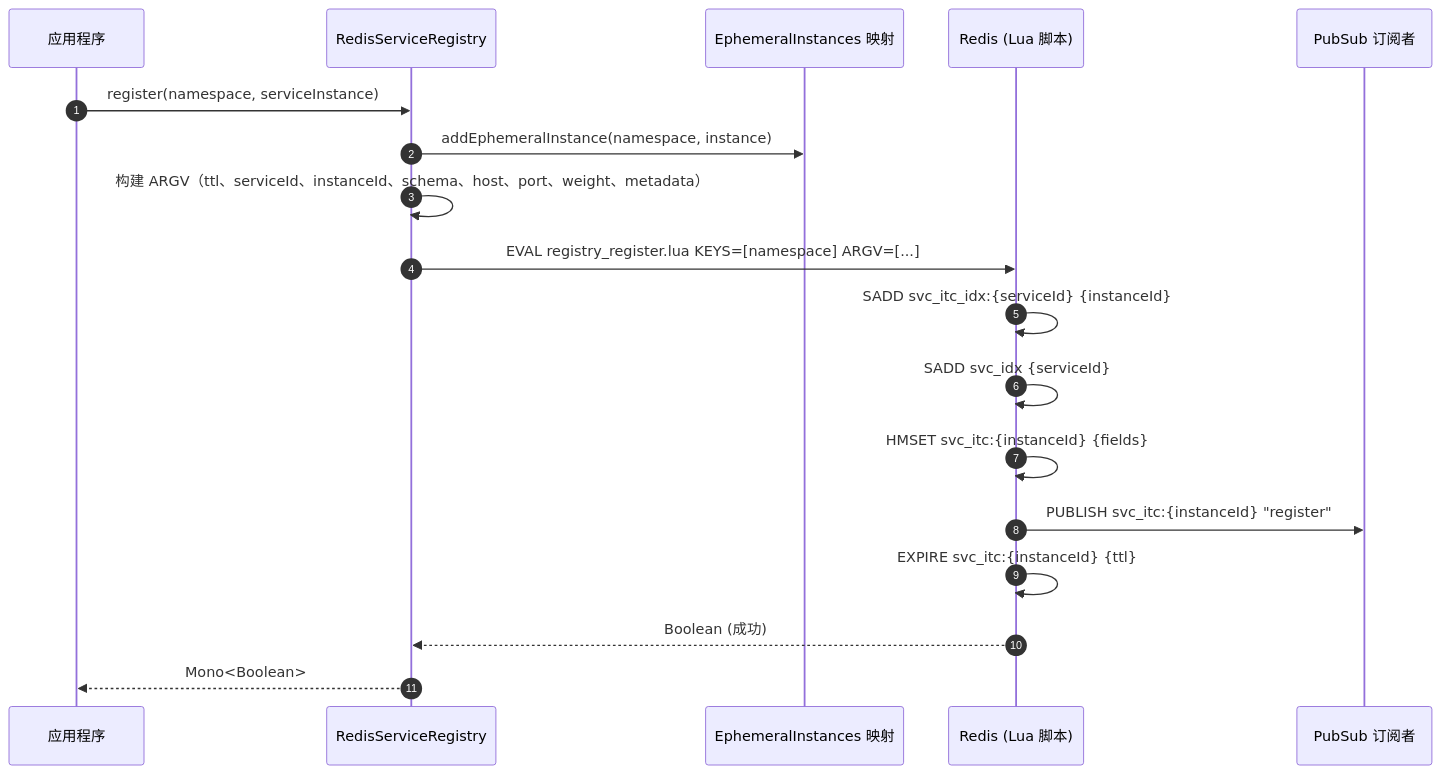
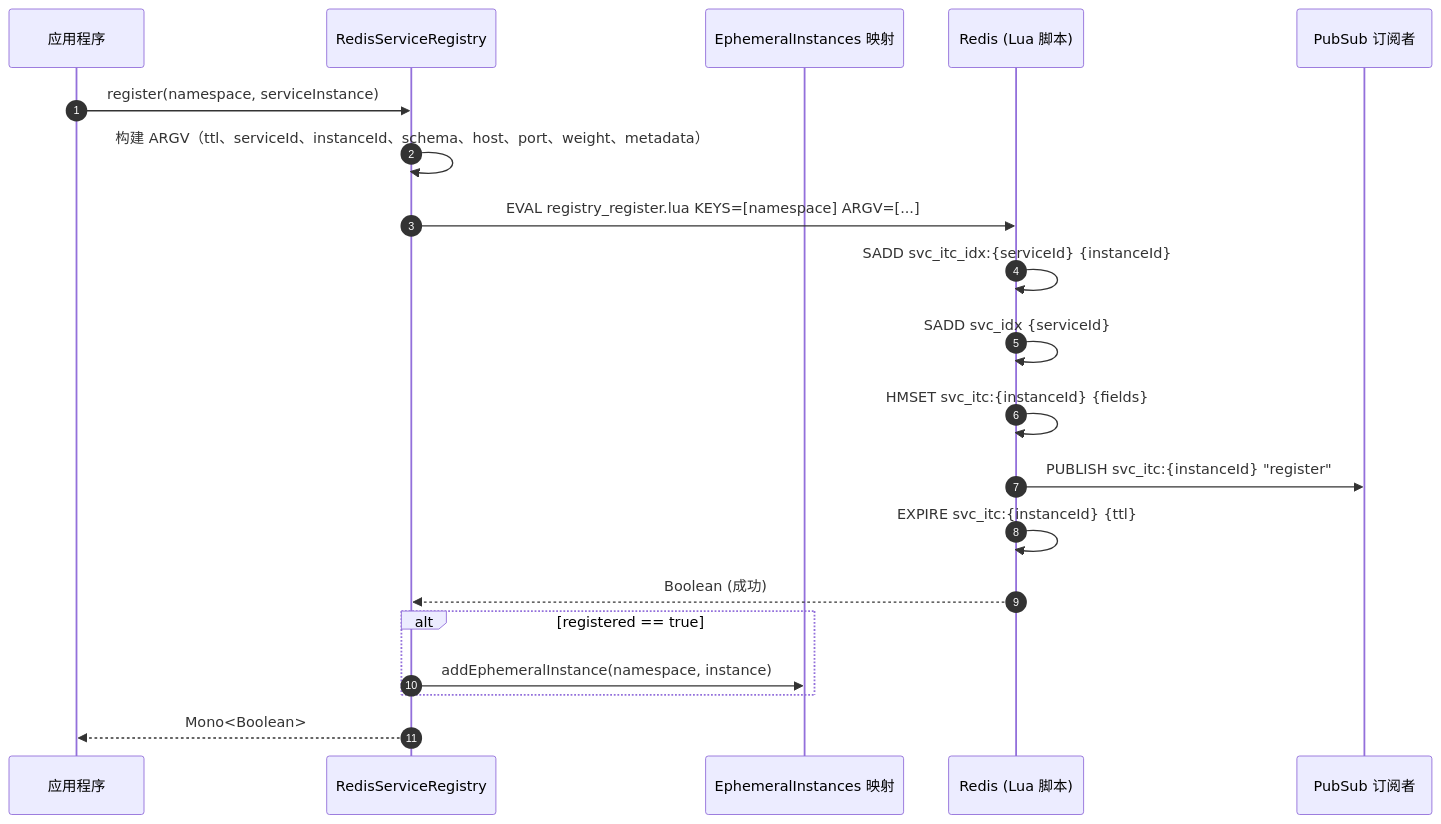
One commit to Ahoo-Wang/CoSky changed the first of 4 diagrams in wiki/zh/guide/service-registry.md. Above: the diagram before and after it, drawn with Mermaid. The commit also changed other lines of this file and 36 other files, not shown here.

````diff
--- a/wiki/zh/guide/service-registry.md
+++ b/wiki/zh/guide/service-registry.md
@@ -119,21 +119,23 @@
 ```mermaid
 sequenceDiagram
     autonumber
     participant App as 应用程序
     participant SR as RedisServiceRegistry
     participant EMap as EphemeralInstances 映射
     participant Redis as Redis (Lua 脚本)
     participant Sub as PubSub 订阅者
 
     App->>SR: register(namespace, serviceInstance)
-    SR->>EMap: addEphemeralInstance(namespace, instance)
     SR->>SR: 构建 ARGV（ttl、serviceId、instanceId、schema、host、port、weight、metadata）
     SR->>Redis: EVAL registry_register.lua KEYS=[namespace] ARGV=[...]
     Redis->>Redis: SADD svc_itc_idx:{serviceId} {instanceId}
     Redis->>Redis: SADD svc_idx {serviceId}
     Redis->>Redis: HMSET svc_itc:{instanceId} {fields}
     Redis->>Sub: PUBLISH svc_itc:{instanceId} "register"
     Redis->>Redis: EXPIRE svc_itc:{instanceId} {ttl}
     Redis-->>SR: Boolean (成功)
+    alt registered == true
+        SR->>EMap: addEphemeralInstance(namespace, instance)
+    end
     SR-->>App: Mono<Boolean>
 ```
````
